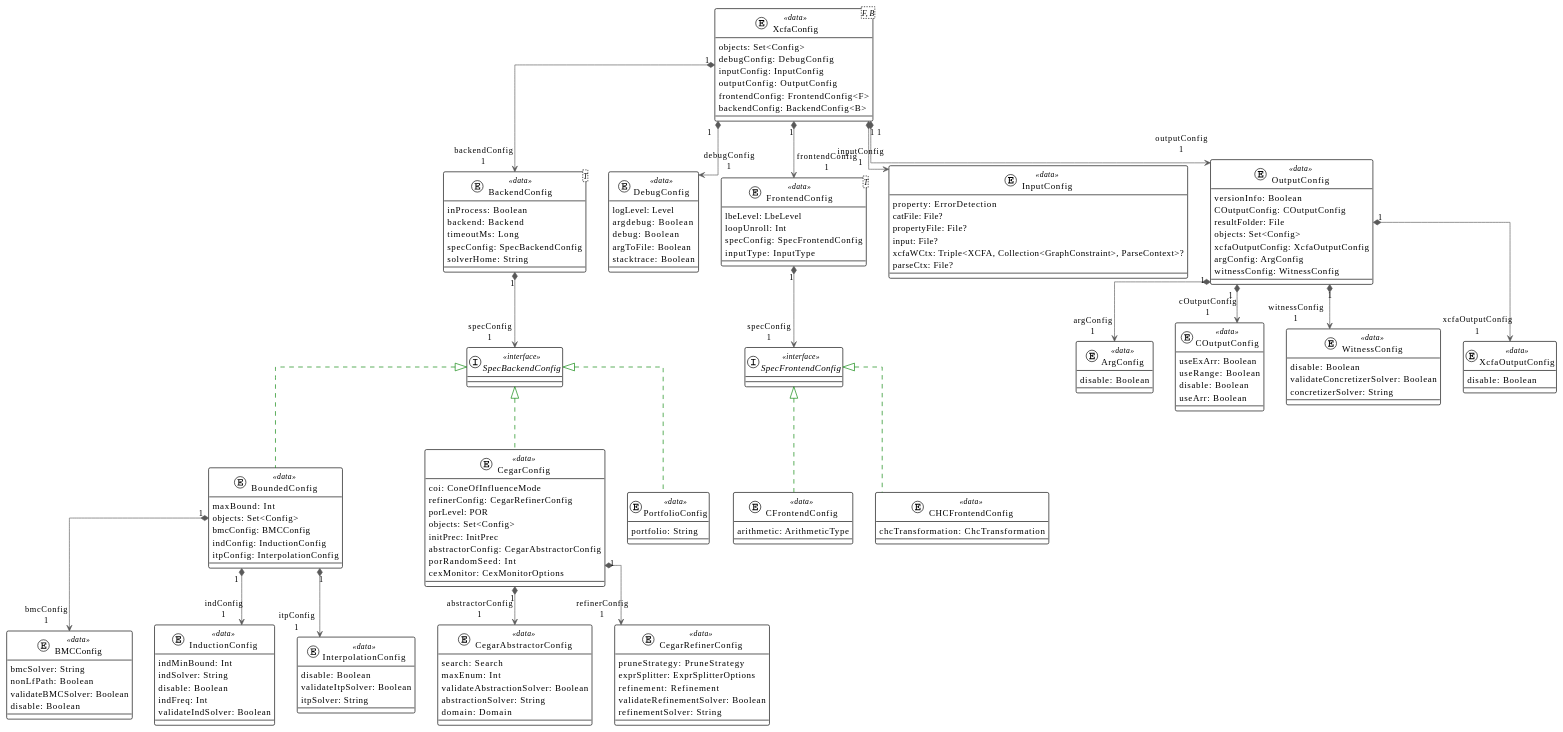
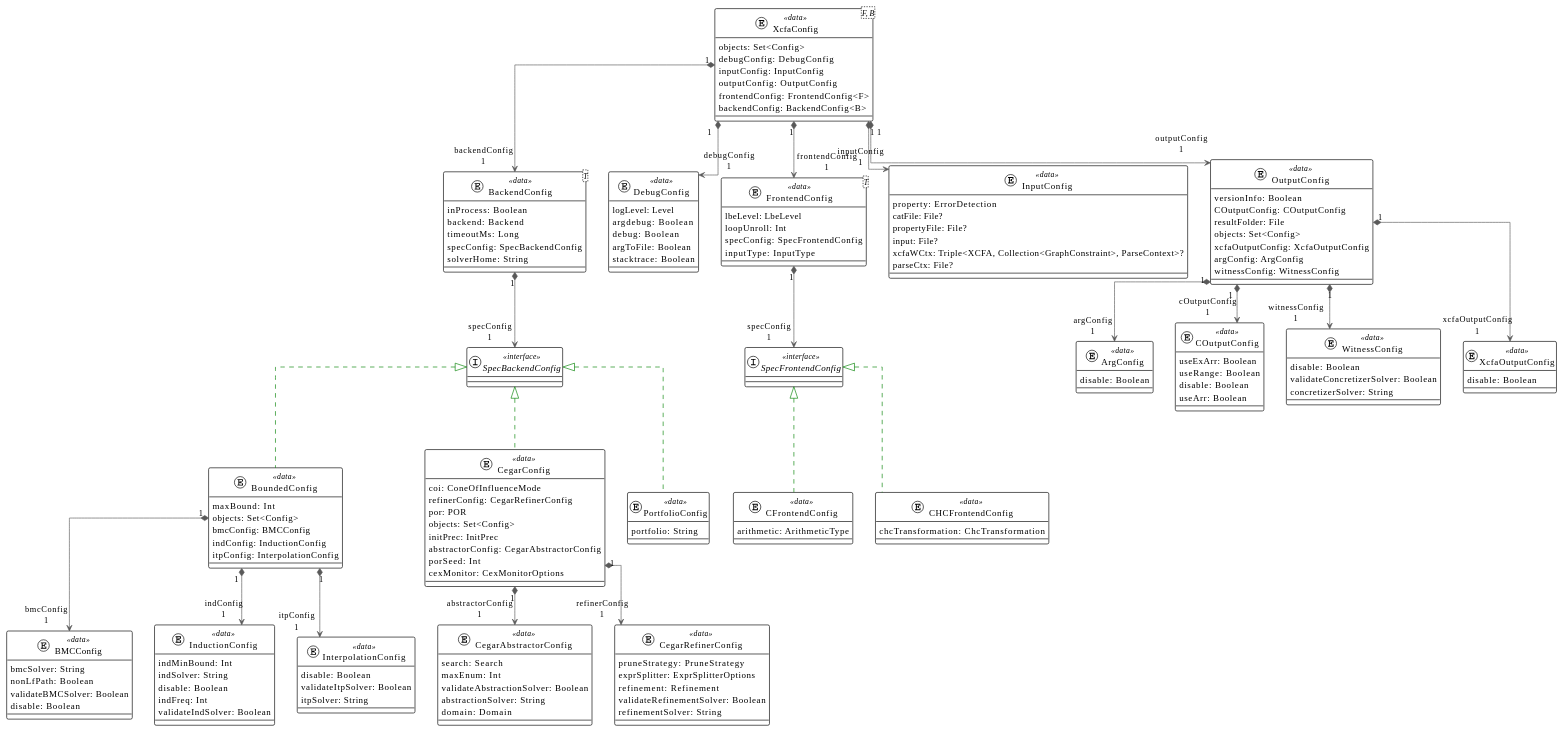
Before and after one commit to ftsrg/theta: the diagram in subprojects/xcfa/xcfa-cli/README.md, drawn with PlantUML. The commit also changed 14 other files, not shown here.

```diff
--- a/subprojects/xcfa/xcfa-cli/README.md
+++ b/subprojects/xcfa/xcfa-cli/README.md
@@ -79,11 +79,11 @@
 entity  CegarConfig << data >> {
    coi: ConeOfInfluenceMode
    refinerConfig: CegarRefinerConfig
-   porLevel: POR
+   por: POR
    objects: Set<Config>
    initPrec: InitPrec
    abstractorConfig: CegarAbstractorConfig
-   porRandomSeed: Int
+   porSeed: Int
    cexMonitor: CexMonitorOptions
 }
 entity  CegarRefinerConfig << data >> {
```
